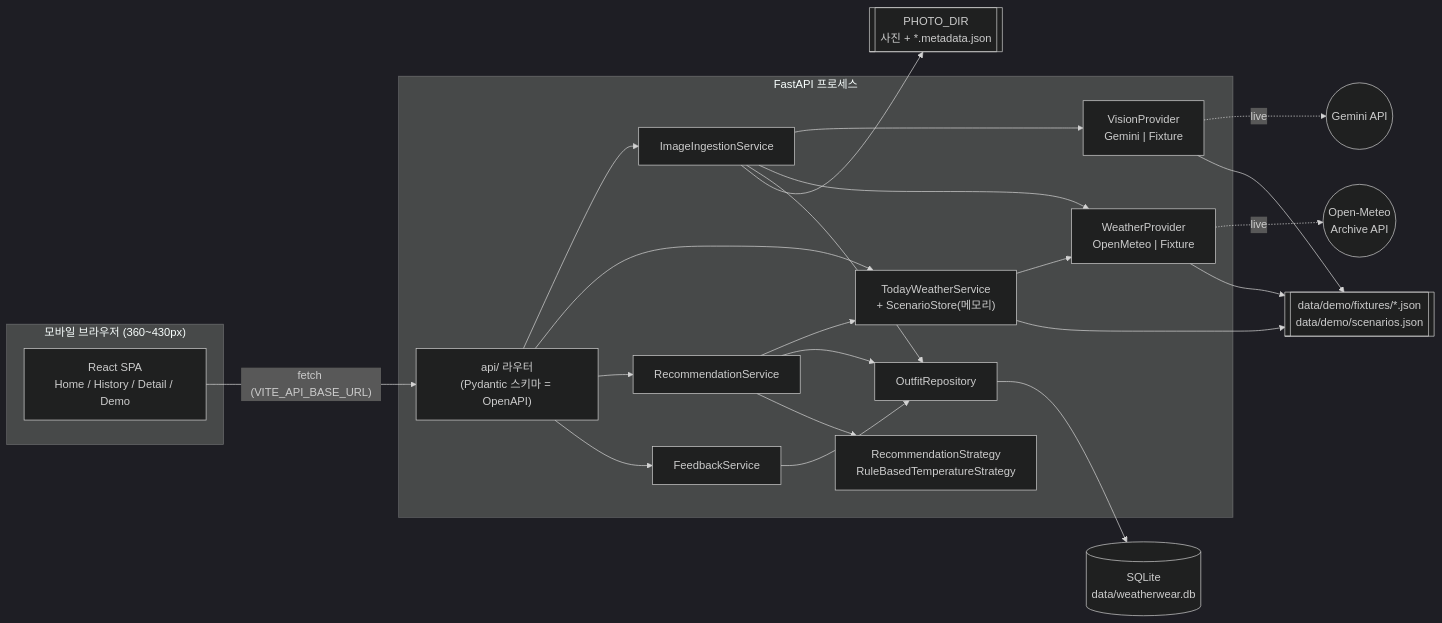
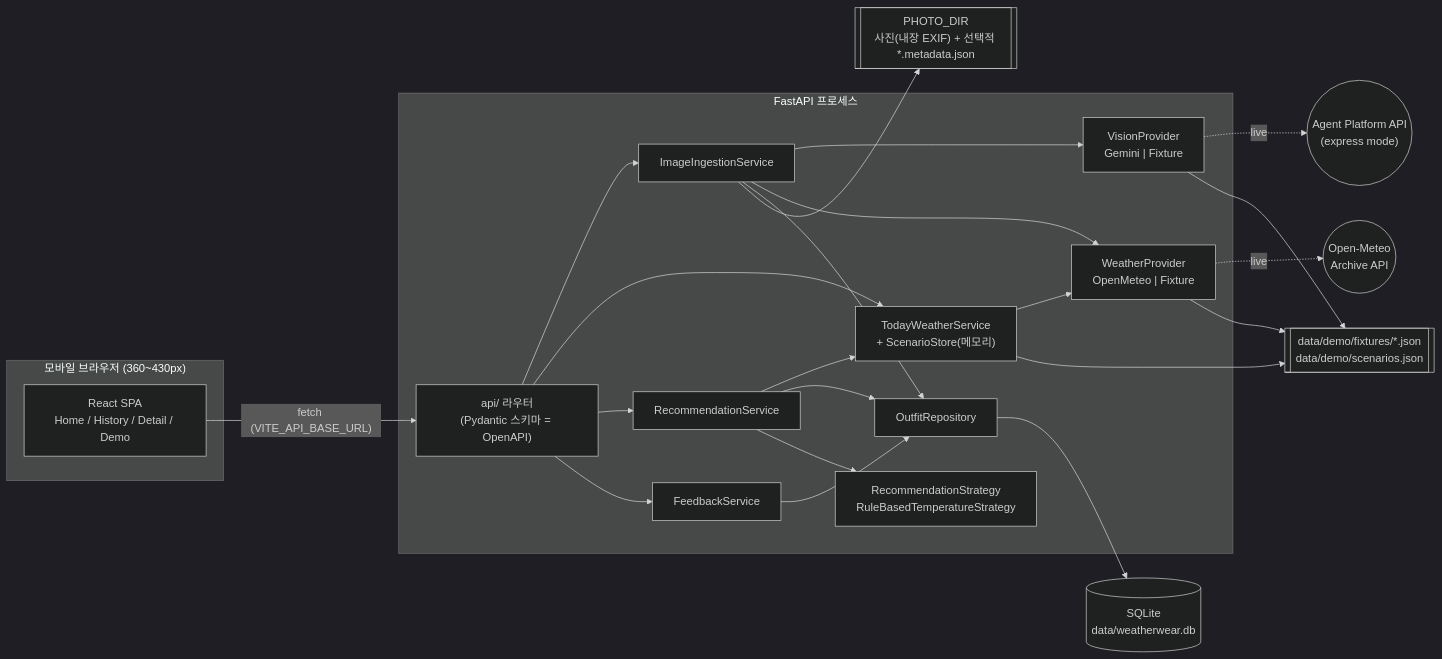
One commit to jgoneit/WeatherWear changed the first of 4 diagrams in .kiro/specs/weatherwear/design.md. Above: the diagram before and after it, drawn with Mermaid (dark theme). The commit also changed other lines of this file and 45 other files, not shown here.

Commit message:
Phase 1 change (WIP): Agent Platform express mode (global gemini-4-hydrogen), embedded EXIF metadata reader and ingestion, metadata source in DB/API/UI, non-outfit exclusion, recorded-weather fixture format, 174-photo manifest

````diff
--- a/.kiro/specs/weatherwear/design.md
+++ b/.kiro/specs/weatherwear/design.md
@@ -63,37 +66,37 @@
 ```mermaid
 flowchart LR
   subgraph Browser["모바일 브라우저 (360~430px)"]
     UI["React SPA<br/>Home / History / Detail / Demo"]
   end
 
   subgraph Backend["FastAPI 프로세스"]
     API["api/ 라우터<br/>(Pydantic 스키마 = OpenAPI)"]
     ING["ImageIngestionService"]
     TW["TodayWeatherService<br/>+ ScenarioStore(메모리)"]
     REC["RecommendationService"]
     FB["FeedbackService"]
     STRAT["RecommendationStrategy<br/>RuleBasedTemperatureStrategy"]
     VP["VisionProvider<br/>Gemini | Fixture"]
     WP["WeatherProvider<br/>OpenMeteo | Fixture"]
     REPO["OutfitRepository"]
   end
 
   DB[("SQLite<br/>data/weatherwear.db")]
-  FS[["PHOTO_DIR<br/>사진 + *.metadata.json"]]
+  FS[["PHOTO_DIR<br/>사진(내장 EXIF) + 선택적 *.metadata.json"]]
   FIX[["data/demo/fixtures/*.json<br/>data/demo/scenarios.json"]]
-  GEM(("Gemini API"))
+  GEM(("Agent Platform API<br/>(express mode)"))
   OM(("Open-Meteo<br/>Archive API"))
 
   UI -- "fetch (VITE_API_BASE_URL)" --> API
   API --> ING & TW & REC & FB
   ING --> VP & WP & REPO
   ING --> FS
   TW --> WP
   REC --> TW & REPO & STRAT
   FB --> REPO
   REPO --> DB
   VP -. live .-> GEM
   WP -. live .-> OM
   VP & WP --> FIX
   TW --> FIX
 ```
````
